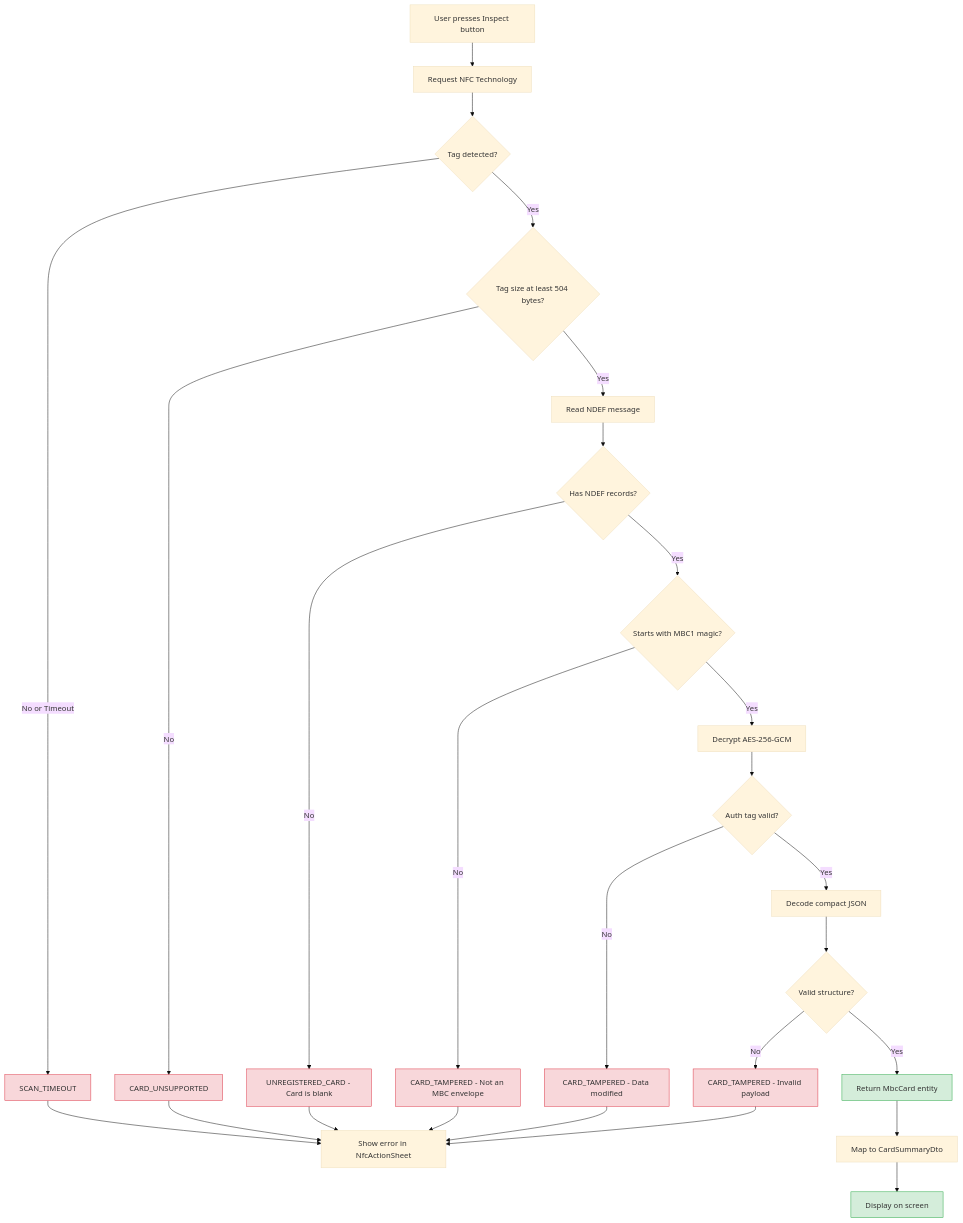
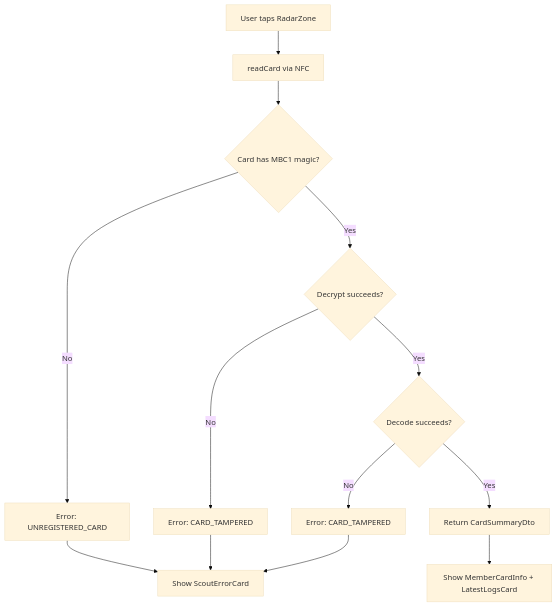
The second of 2 diagrams in docs/explainer/SCOUT_INSPECT_FLOW.md (Schitzos/mbc-nfc), drawn with Mermaid (base theme) before and after one commit. The commit also changed other lines of this file and 12 other files, not shown here.

````diff
--- a/docs/explainer/SCOUT_INSPECT_FLOW.md
+++ b/docs/explainer/SCOUT_INSPECT_FLOW.md
@@ -457,38 +289,15 @@
 ```mermaid
-flowchart TD
-    A[User presses Inspect button] --> B[Request NFC Technology]
-    B --> C{Tag detected?}
-    C -->|No or Timeout| ERR1[SCAN_TIMEOUT]
-    C -->|Yes| D{Tag size at least 504 bytes?}
-    D -->|No| ERR2[CARD_UNSUPPORTED]
-    D -->|Yes| E[Read NDEF message]
-    E --> F{Has NDEF records?}
-    F -->|No| ERR3[UNREGISTERED_CARD - Card is blank]
-    F -->|Yes| G{Starts with MBC1 magic?}
-    G -->|No| ERR4[CARD_TAMPERED - Not an MBC envelope]
-    G -->|Yes| H[Decrypt AES-256-GCM]
-    H --> I{Auth tag valid?}
-    I -->|No| ERR5[CARD_TAMPERED - Data modified]
-    I -->|Yes| J[Decode compact JSON]
-    J --> K{Valid structure?}
-    K -->|No| ERR6[CARD_TAMPERED - Invalid payload]
-    K -->|Yes| L[Return MbcCard entity]
-    L --> M[Map to CardSummaryDto]
-    M --> N[Display on screen]
-
-    ERR1 --> Z[Show error in NfcActionSheet]
-    ERR2 --> Z
-    ERR3 --> Z
-    ERR4 --> Z
-    ERR5 --> Z
-    ERR6 --> Z
-
-    style L fill:#d4edda,stroke:#28a745
-    style N fill:#d4edda,stroke:#28a745
-    style ERR1 fill:#f8d7da,stroke:#dc3545
-    style ERR2 fill:#f8d7da,stroke:#dc3545
-    style ERR3 fill:#f8d7da,stroke:#dc3545
-    style ERR4 fill:#f8d7da,stroke:#dc3545
-    style ERR5 fill:#f8d7da,stroke:#dc3545
-    style ERR6 fill:#f8d7da,stroke:#dc3545
+graph TD
+    A[User taps RadarZone] --> B[readCard via NFC]
+    B --> C{Card has MBC1 magic?}
+    C -->|No| D[Error: UNREGISTERED_CARD]
+    C -->|Yes| E{Decrypt succeeds?}
+    E -->|No| F[Error: CARD_TAMPERED]
+    E -->|Yes| G{Decode succeeds?}
+    G -->|No| H[Error: CARD_TAMPERED]
+    G -->|Yes| I[Return CardSummaryDto]
+    I --> J[Show MemberCardInfo + LatestLogsCard]
+    D --> K[Show ScoutErrorCard]
+    F --> K
+    H --> K
 ```
````
